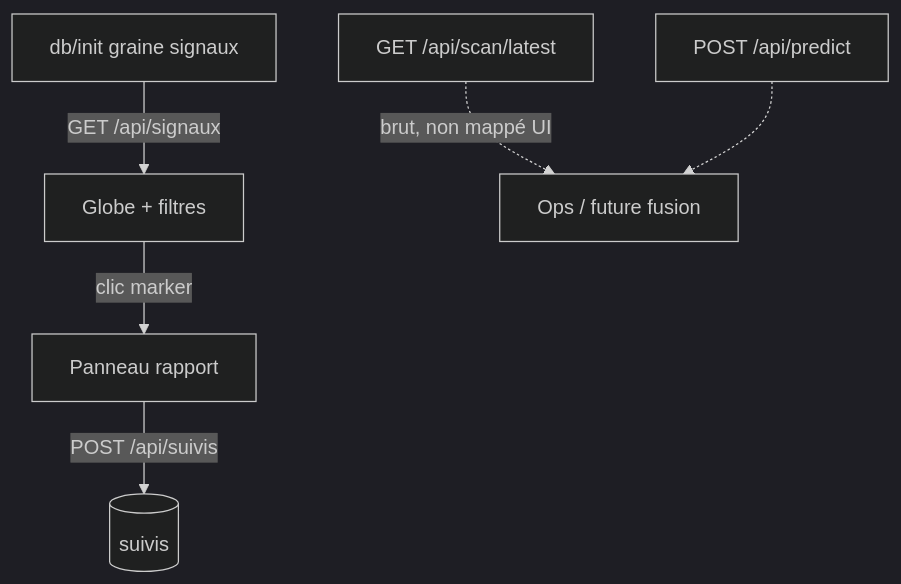
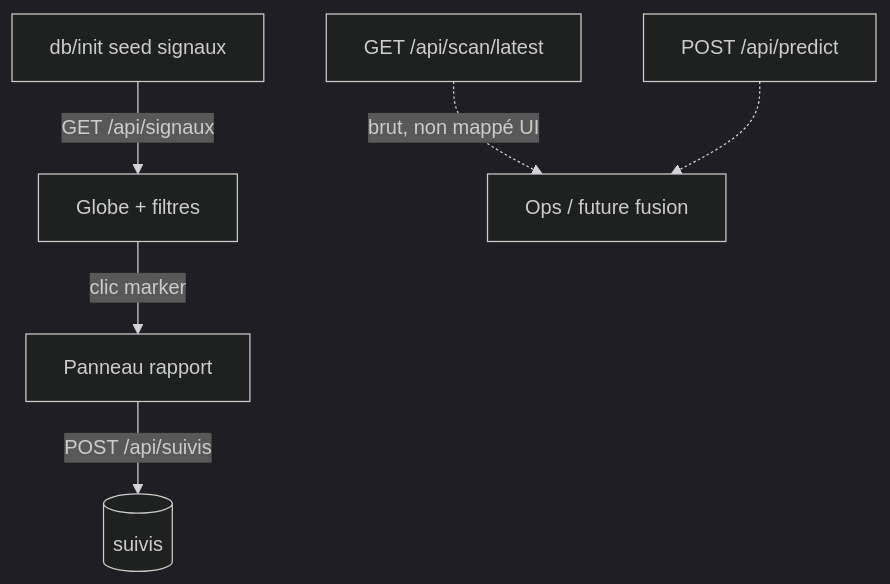
Before and after one commit to MYCHA-Hetic-Hackathon-Givaudan-2026/hackathon-app: the second of 3 diagrams in docs/PROJET.md, drawn with Mermaid (dark theme). The commit also changed other lines of this file and 8 other files, not shown here.

````diff
--- a/docs/PROJET.md
+++ b/docs/PROJET.md
@@ -157,8 +157,8 @@
 ```mermaid
 flowchart TB
-  Seed[db/init graine signaux] -->|GET /api/signaux| Globe[Globe + filtres]
+  Seed[db/init seed signaux] -->|GET /api/signaux| Globe[Globe + filtres]
   Globe -->|clic marker| Report[Panneau rapport]
   Report -->|POST /api/suivis| Suivis[(suivis)]
   DataScan[GET /api/scan/latest] -.->|brut, non mappé UI| Ops[Ops / future fusion]
   DataPred[POST /api/predict] -.-> Ops
 ```
````
